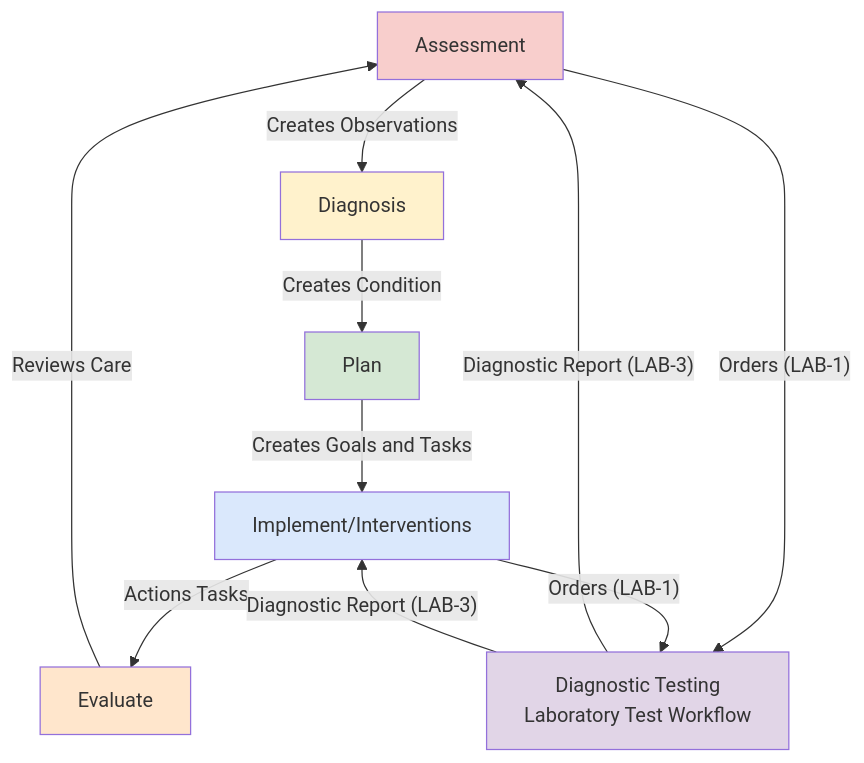
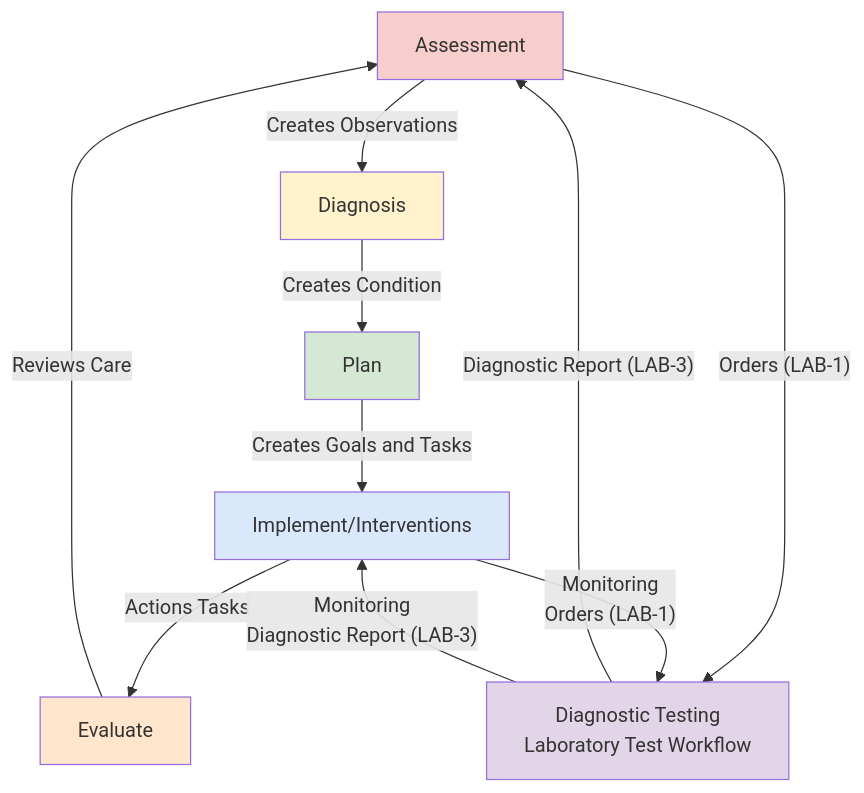
The first of 14 diagrams in input/pagecontent/LTW.md (nw-gmsa/nw-gmsa.github.com), drawn with Mermaid before and after one commit.

Commit message:
Overview process model

````diff
--- a/input/pagecontent/LTW.md
+++ b/input/pagecontent/LTW.md
@@ -12,33 +12,33 @@
 ```mermaid
 graph TD;
 
     A[Assessment]-->|Creates Observations| B;
     A--> |"Orders (LAB-1)"| T;
     T[Diagnostic Testing<br/>Laboratory Test Workflow] --> |"Diagnostic Report (LAB-3)"| A
     B[Diagnosis]-->|Creates Condition| C;
     C[Plan]-->|Creates Goals and Tasks| D;
     D[Implement/Interventions]-->|Actions Tasks| E;
-    D --> |"Orders (LAB-1)"| T;
-    T --> |"Diagnostic Report (LAB-3)"| D
+    D --> |"Monitoring<br/>Orders (LAB-1)"| T;
+    T --> |"Monitoring<br/>Diagnostic Report (LAB-3)"| D
     E[Evaluate]--> |Reviews Care| A;
     
     click T StructureDefinition-ServiceRequest.html
     click AN StructureDefinition-DiagnosticReport.html
     click S ExampleScenario-BiopsyProcedure.html
 
     classDef purple fill:#E1D5E7;
 
     classDef yellow fill:#FFF2CC;
     classDef pink fill:#F8CECC
     classDef green fill:#D5E8D4;
     classDef blue fill:#DAE8FC;
     classDef orange fill:#FFE6CC;
 
     class A pink
     class B yellow
     class C green
     class D blue
     class E orange
 
     class O,S,T,AN purple
 ```
````
